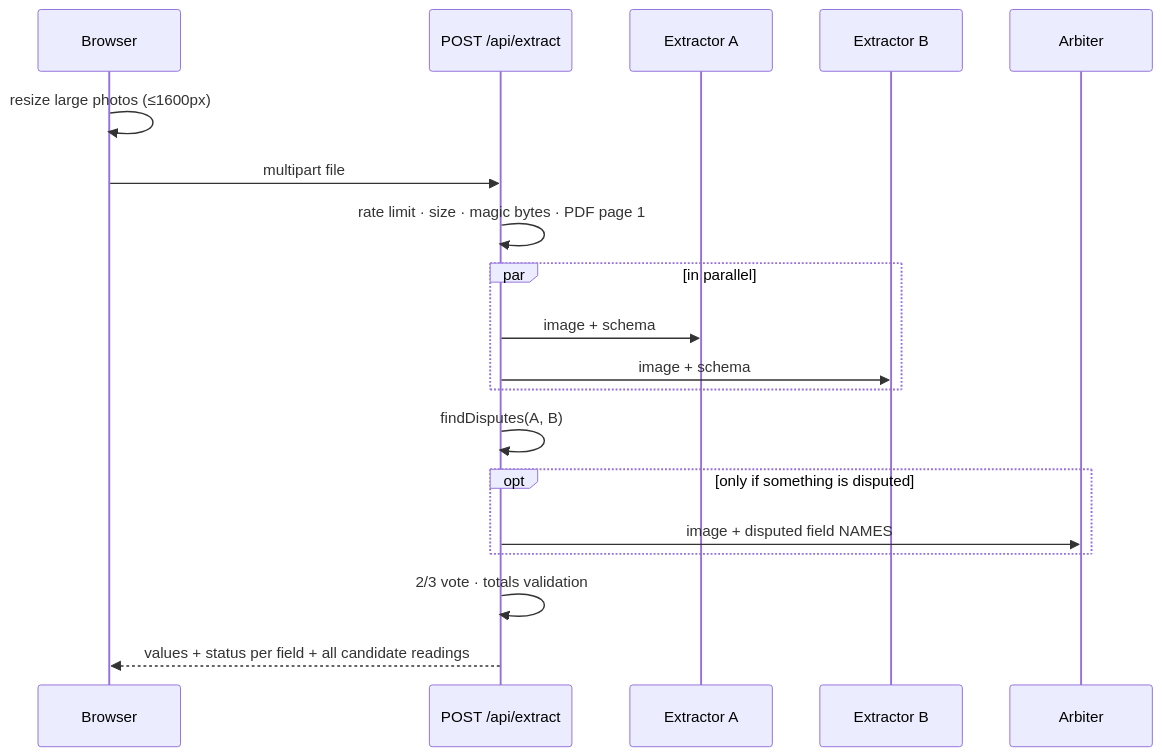
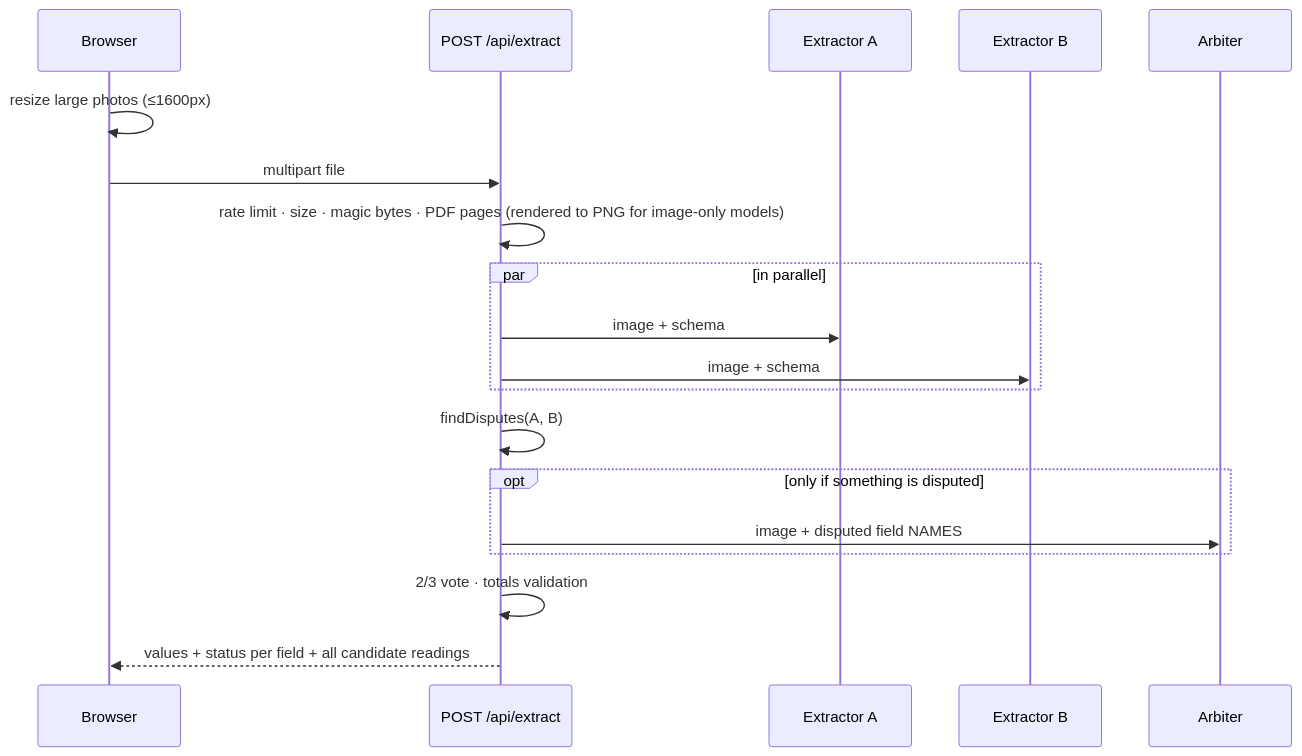
Before and after one commit to alkanefe22/ai-receipt-reader: the third of 3 diagrams in README.md, drawn with Mermaid. The commit also changed other lines of this file and 37 other files, not shown here.

First line of the commit message:
feat: multi-page PDFs (all pages; rendered to images for Ollama)

````diff
--- a/README.md
+++ b/README.md
@@ -81,21 +85,21 @@
 ```mermaid
 sequenceDiagram
     participant UI as Browser
     participant API as POST /api/extract
     participant A as Extractor A
     participant B as Extractor B
     participant H as Arbiter
     UI->>UI: resize large photos (≤1600px)
     UI->>API: multipart file
-    API->>API: rate limit · size · magic bytes · PDF page 1
+    API->>API: rate limit · size · magic bytes · PDF pages (rendered to PNG for image-only models)
     par in parallel
         API->>A: image + schema
         API->>B: image + schema
     end
     API->>API: findDisputes(A, B)
     opt only if something is disputed
         API->>H: image + disputed field NAMES
     end
     API->>API: 2/3 vote · totals validation
     API-->>UI: values + status per field + all candidate readings
 ```
````
